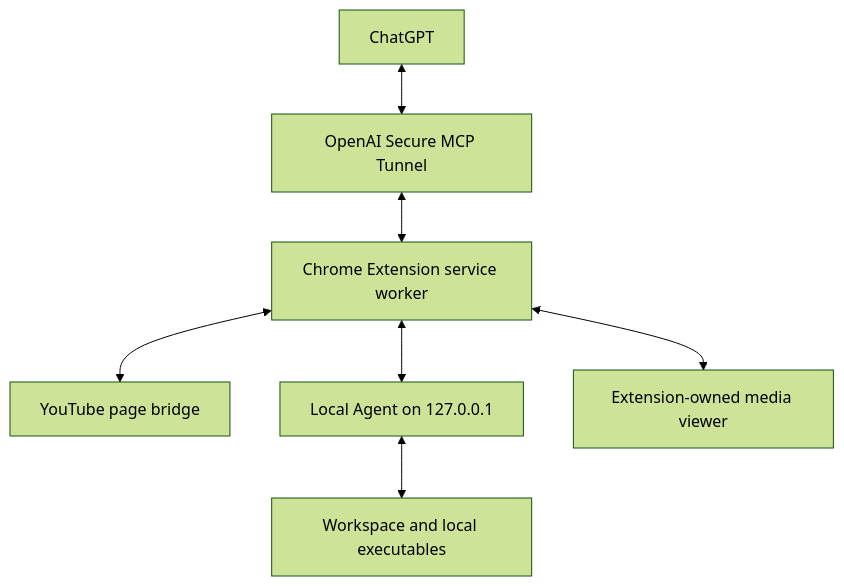
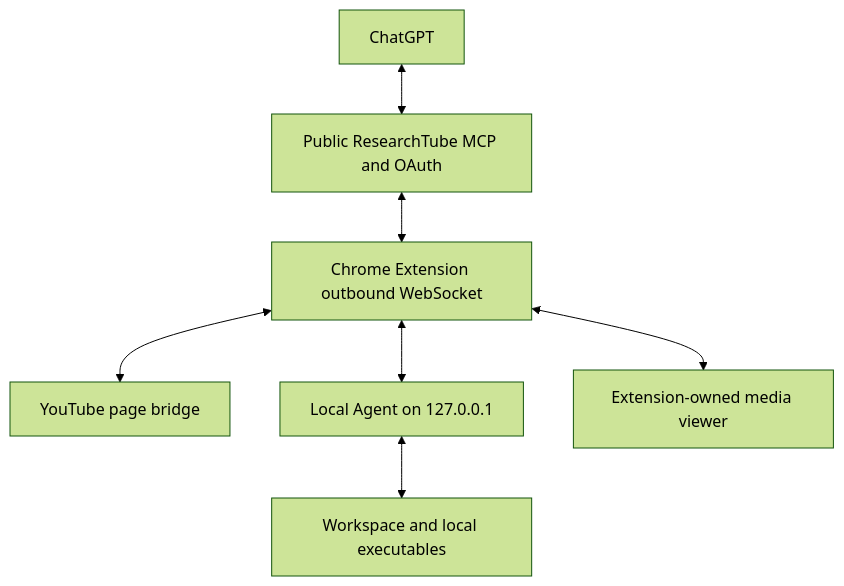
The first of 2 diagrams in docs/ARCHITECTURE.md (ilinic/ResearchTube), drawn with Mermaid (forest theme) before and after one commit. The commit also changed other lines of this file and 57 other files, not shown here.

Commit message:
Simplify ResearchTube setup with automatic public MCP connection

````diff
--- a/docs/ARCHITECTURE.md
+++ b/docs/ARCHITECTURE.md
@@ -9,9 +9,9 @@
 ```mermaid
 flowchart TD
-    C[ChatGPT] <--> T[OpenAI Secure MCP Tunnel]
-    T <--> E[Chrome Extension service worker]
+    C[ChatGPT] <--> T[Public ResearchTube MCP and OAuth]
+    T <--> E[Chrome Extension outbound WebSocket]
     E <--> Y[YouTube page bridge]
     E <--> A[Local Agent on 127.0.0.1]
     E <--> V[Extension-owned media viewer]
     A <--> W[Workspace and local executables]
 ```
````
